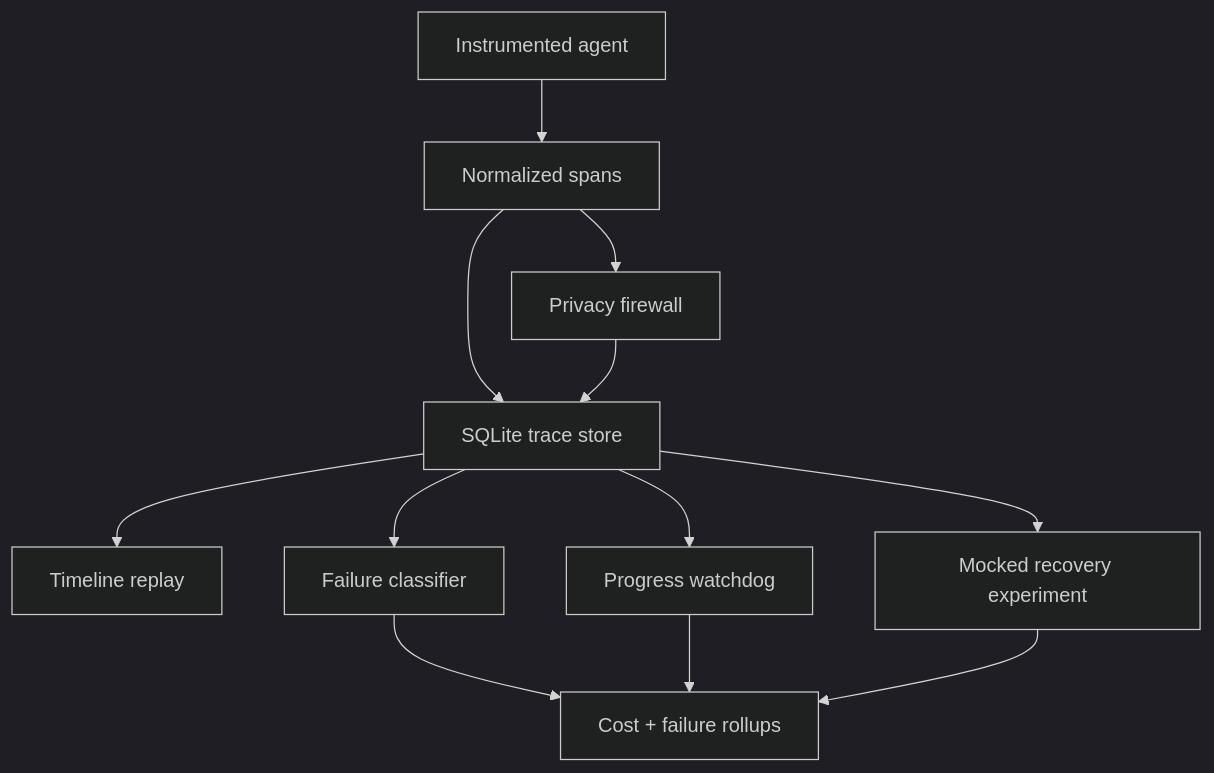
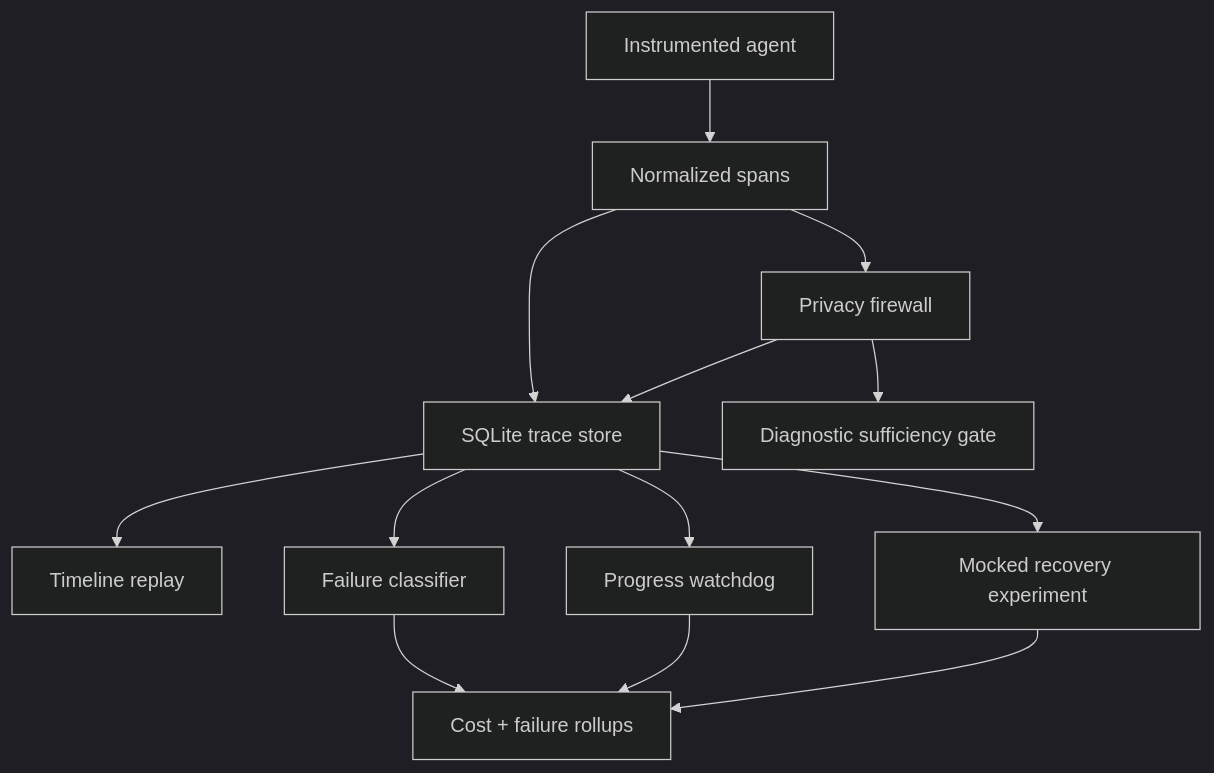
The diagram in README.md (MadanMohan0537/agent-trace-debugger), drawn with Mermaid (dark theme) before and after one commit. The commit also changed other lines of this file and 10 other files, not shown here.

Commit message:
Add diagnostic sufficiency policy gate

````diff
--- a/README.md
+++ b/README.md
@@ -58,14 +75,15 @@
 ```mermaid
 flowchart TD
     A["Instrumented agent"] --> B["Normalized spans"]
     B --> C["SQLite trace store"]
     C --> D["Timeline replay"]
     C --> E["Failure classifier"]
     C --> F["Progress watchdog"]
     C --> H["Mocked recovery experiment"]
     B --> I["Privacy firewall"]
     I --> C
+    I --> J["Diagnostic sufficiency gate"]
     E --> G["Cost + failure rollups"]
     F --> G
     H --> G
 ```
````
